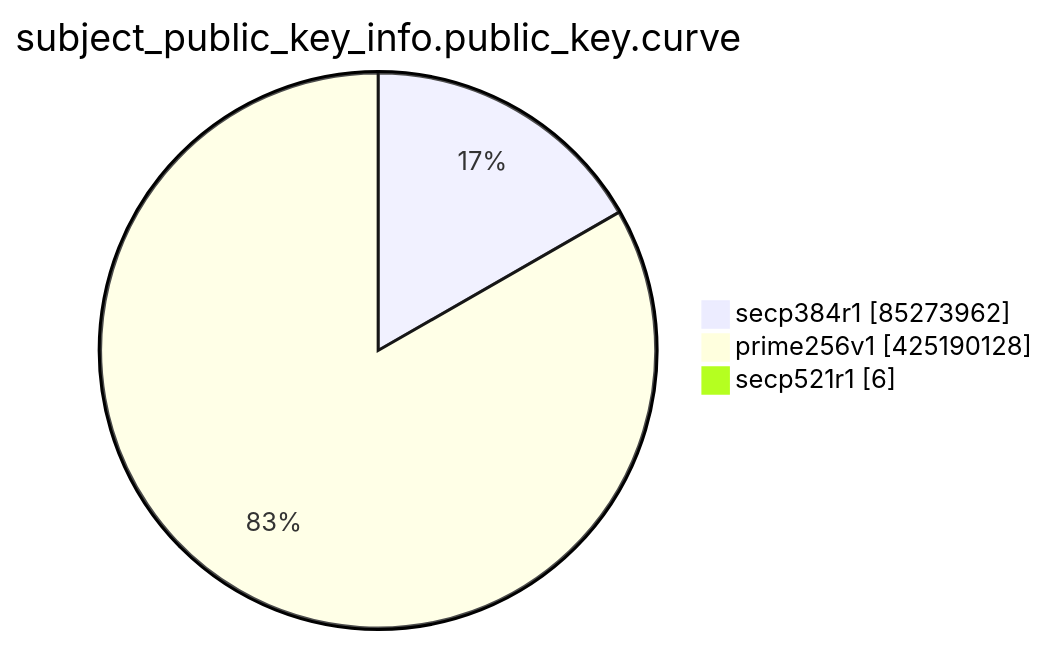
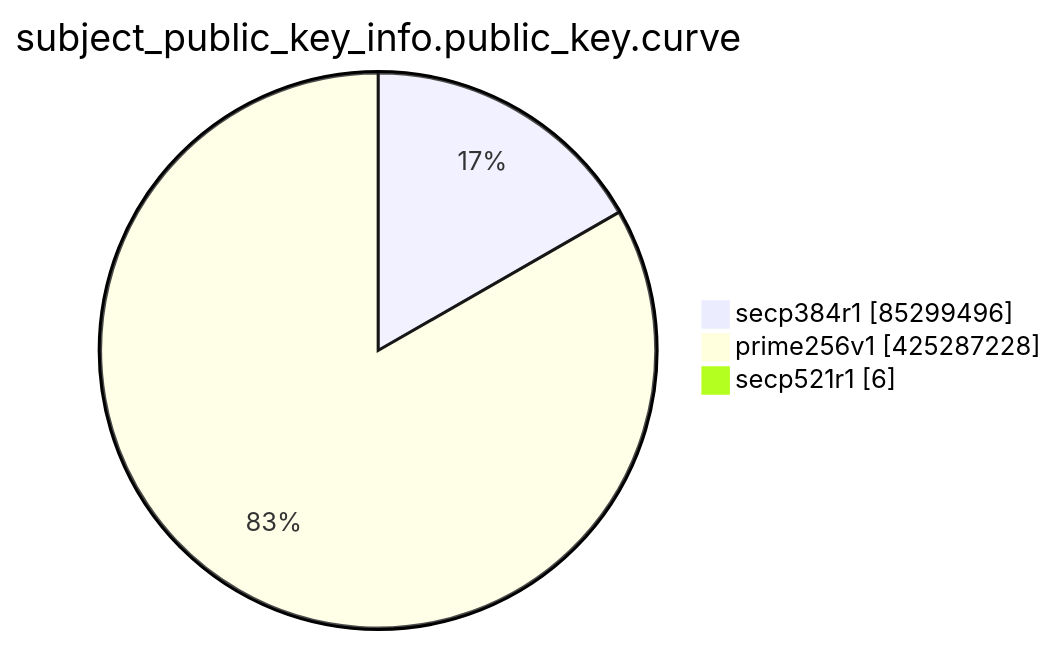
Before and after one commit to christiankrug/ctmonitor_visualization: the eighth of 15 diagrams in TOTAL/README.md, drawn with Mermaid. The commit also changed other lines of this file, not shown here.

````diff
--- a/TOTAL/README.md
+++ b/TOTAL/README.md
@@ -3100,7 +3100,7 @@
 ```mermaid
 pie showData
 title subject_public_key_info.public_key.curve
-"secp384r1" :85273962
-"prime256v1" :425190128
+"secp384r1" :85299496
+"prime256v1" :425287228
 "secp521r1" :6
 ```
````
